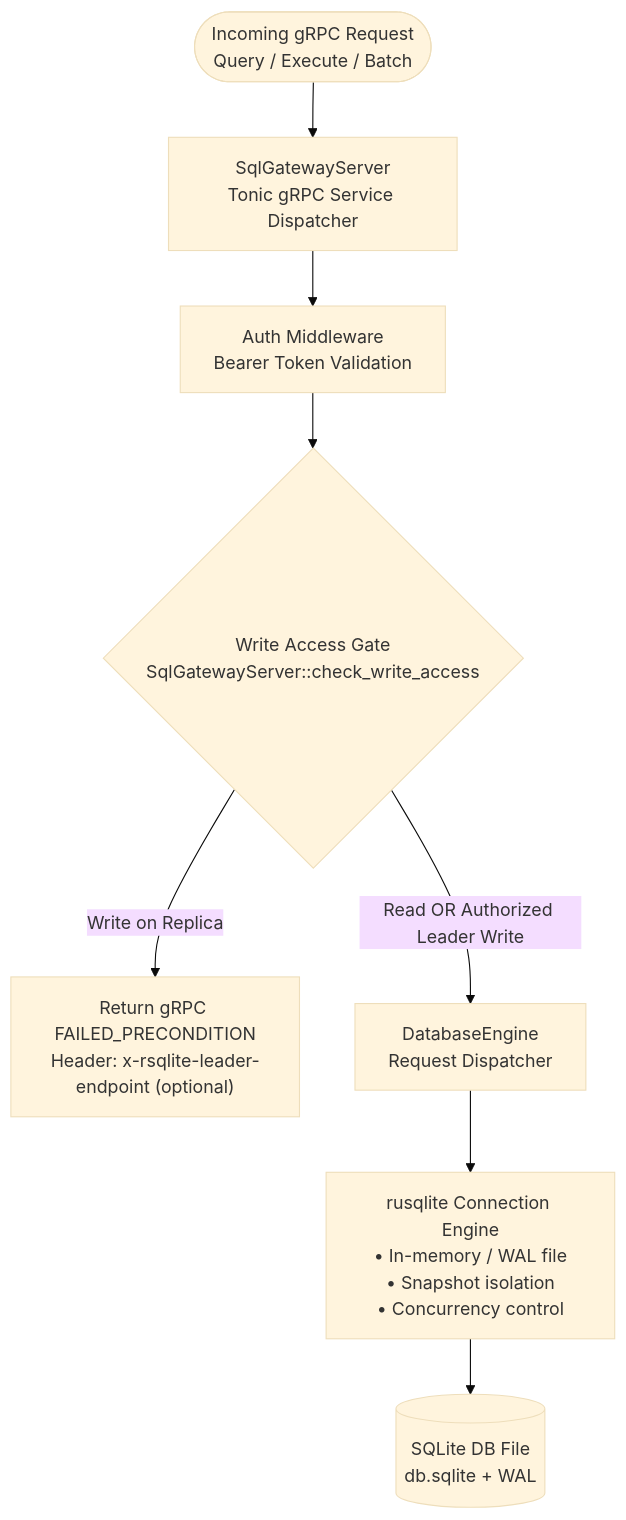
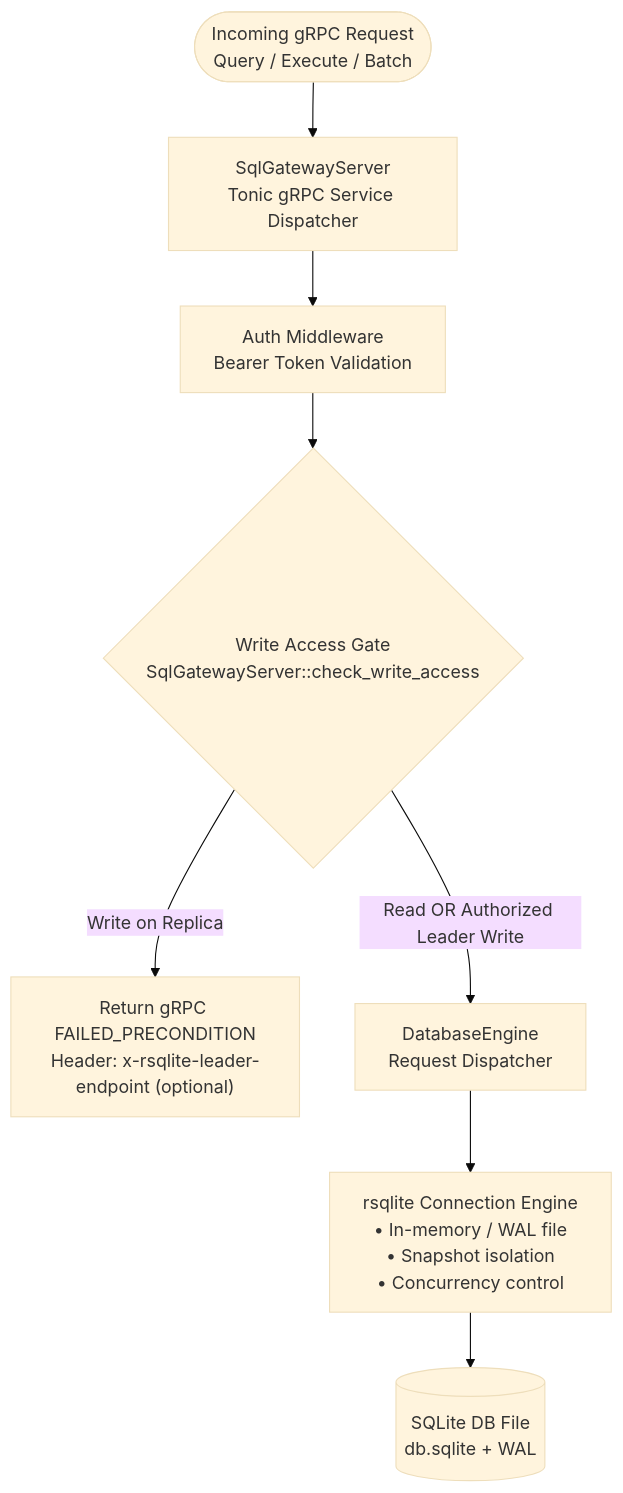
The second of 11 diagrams in docs/architecture-diagrams.md (sria91/rsqlite-rsync), drawn with Mermaid (base theme) before and after one commit.

Commit message:
docs: fix typo: change rusqlite to rsqlite in diagram labels

````diff
--- a/docs/architecture-diagrams.md
+++ b/docs/architecture-diagrams.md
@@ -27,12 +27,12 @@
 ```mermaid
 flowchart TD
     ClientReq([Incoming gRPC Request<br/>Query / Execute / Batch]) --> Server[SqlGatewayServer<br/>Tonic gRPC Service Dispatcher]
     Server --> Auth[Auth Middleware<br/>Bearer Token Validation]
     Auth --> RoleGate{Write Access Gate<br/>SqlGatewayServer::check_write_access}
 
     RoleGate -->|Write on Replica| ErrorResp["Return gRPC FAILED_PRECONDITION<br/>Header: x-rsqlite-leader-endpoint (optional)"]
     RoleGate -->|Read OR Authorized Leader Write| Engine[DatabaseEngine<br/>Request Dispatcher]
-    Engine --> SQLiteConn["rusqlite Connection Engine<br/>• In-memory / WAL file<br/>• Snapshot isolation<br/>• Concurrency control"]
+    Engine --> SQLiteConn["rsqlite Connection Engine<br/>• In-memory / WAL file<br/>• Snapshot isolation<br/>• Concurrency control"]
 
     SQLiteConn --> Disk[("SQLite DB File<br/>db.sqlite + WAL")]
 ```
````
